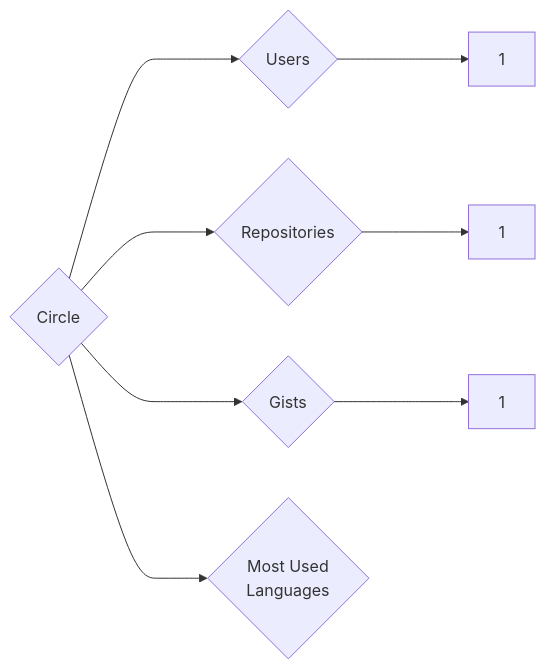
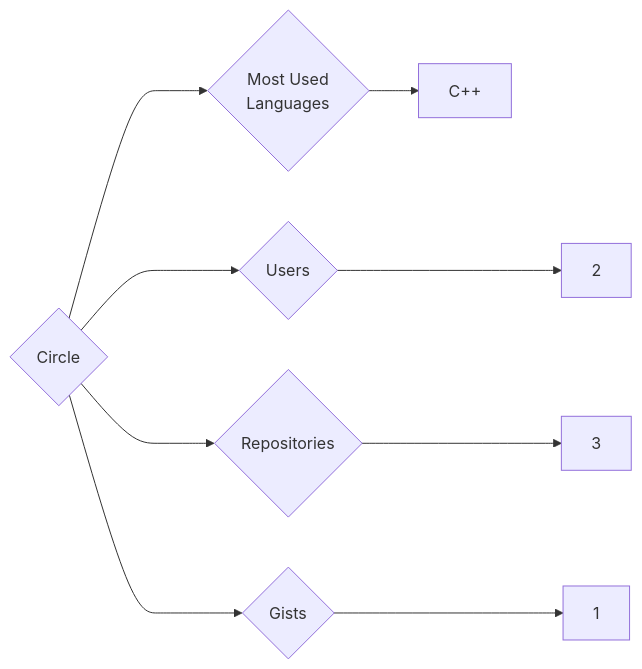
Before and after one commit to trickest/insiders: the diagram in targets/Circle/README.md, drawn with Mermaid. The commit also changed 569 other files, not shown here.

````diff
--- a/targets/Circle/README.md
+++ b/targets/Circle/README.md
@@ -3,8 +3,9 @@
 ```mermaid
 graph LR
 COMPANY_NAME{Circle}
-COMPANY_NAME ---> U{Users} ---> UN[1]
-COMPANY_NAME ---> R{Repositories} ---> RN[1]
+COMPANY_NAME ---> U{Users} ---> UN[2]
+COMPANY_NAME ---> R{Repositories} ---> RN[3]
 COMPANY_NAME ---> G{Gists} ---> GN[1]
 COMPANY_NAME ---> ML{Most Used<br>Languages}
+ML --> C++[C++]
 ```
````
